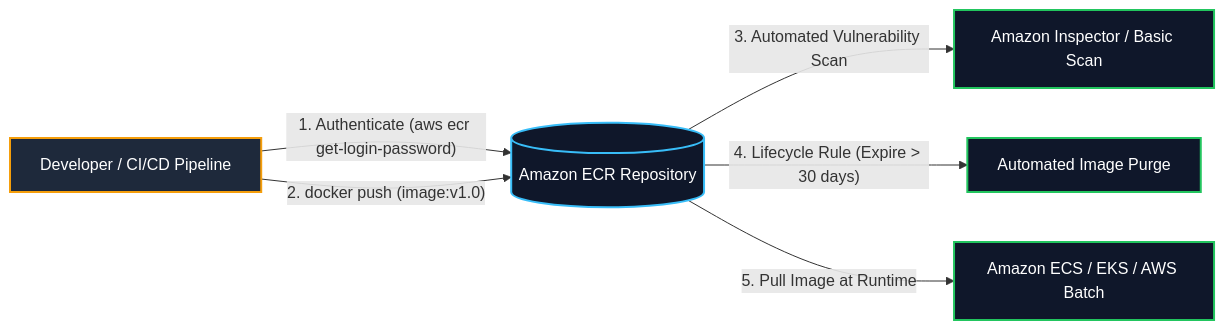
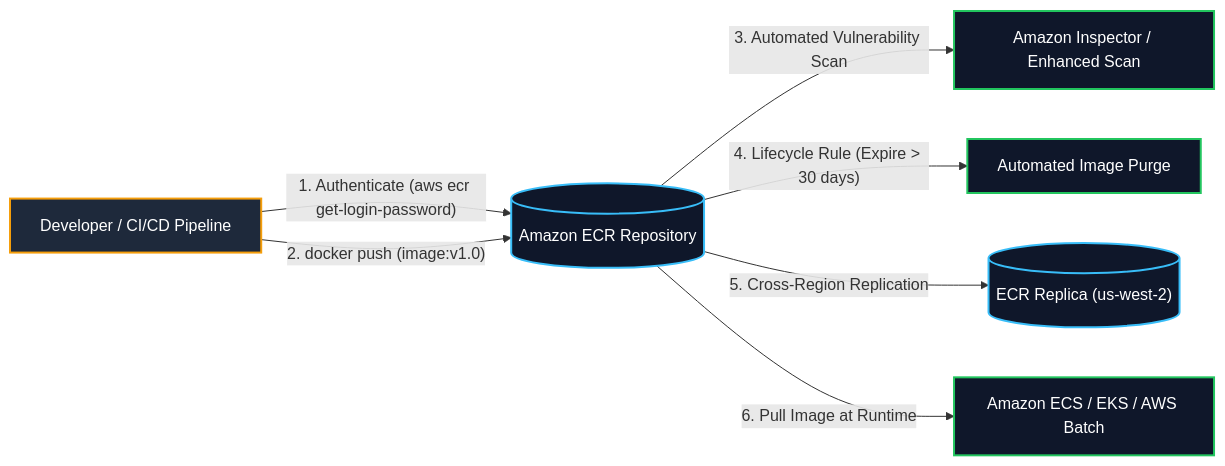
One commit to Wathon/aws-dea-c01-note changed the third of 12 diagrams in content/02-services/compute-containers/ecr-ecs-eks.md. Above: the diagram before and after it, drawn with Mermaid. The commit also changed other lines of this file, not shown here.

Commit message:
feat(containers): enrich ECR, ECS, and EKS deep dive with comprehensive architecture, IAM role separation, storage CSI drivers, and EMR on EKS

````diff
--- a/content/02-services/compute-containers/ecr-ecs-eks.md
+++ b/content/02-services/compute-containers/ecr-ecs-eks.md
@@ -114,16 +155,17 @@
 ```mermaid
 graph LR
     Dev["Developer / CI/CD Pipeline"] -->|"1. Authenticate (aws ecr get-login-password)"| ECR[("Amazon ECR Repository")]
     Dev -->|"2. docker push (image:v1.0)"| ECR
-    ECR -->|"3. Automated Vulnerability Scan"| Inspector["Amazon Inspector / Basic Scan"]
+    ECR -->|"3. Automated Vulnerability Scan"| Inspector["Amazon Inspector / Enhanced Scan"]
     ECR -->|"4. Lifecycle Rule (Expire > 30 days)"| Cleaner["Automated Image Purge"]
-    ECR -->|"5. Pull Image at Runtime"| ECS_EKS["Amazon ECS / EKS / AWS Batch"]
+    ECR -->|"5. Cross-Region Replication"| DRRegion[("ECR Replica (us-west-2)")]
+    ECR -->|"6. Pull Image at Runtime"| ECS_EKS["Amazon ECS / EKS / AWS Batch"]
 
     classDef dev fill:#1e293b,stroke:#f59e0b,stroke-width:2px,color:#fff;
     classDef ecr fill:#0f172a,stroke:#38bdf8,stroke-width:2px,color:#fff;
     classDef proc fill:#0f172a,stroke:#22c55e,stroke-width:2px,color:#fff;
 
     class Dev dev;
-    class ECR ecr;
+    class ECR,DRRegion ecr;
     class Inspector,Cleaner,ECS_EKS proc;
 ```
````
